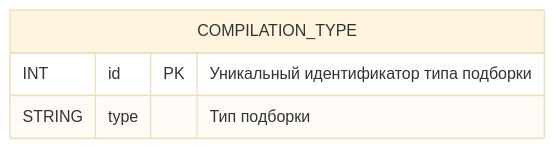
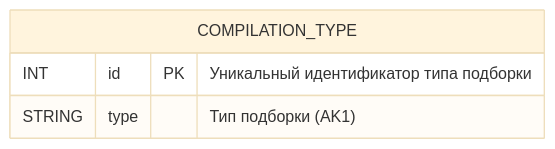
Diagram 14 of 21 in db/normalized/relations.md (go-park-mail-ru/2024_1_Cyberkotletki), drawn with Mermaid (base theme) before and after one commit. The commit also changed other lines of this file and 2 other files, not shown here.

````diff
--- a/db/normalized/relations.md
+++ b/db/normalized/relations.md
@@ -239,7 +371,7 @@
 ```mermaid
 erDiagram
     COMPILATION_TYPE {
         INT id PK "Уникальный идентификатор типа подборки"
-        STRING type "Тип подборки"
+        STRING type "Тип подборки (AK1)"
     }
 ```
````
